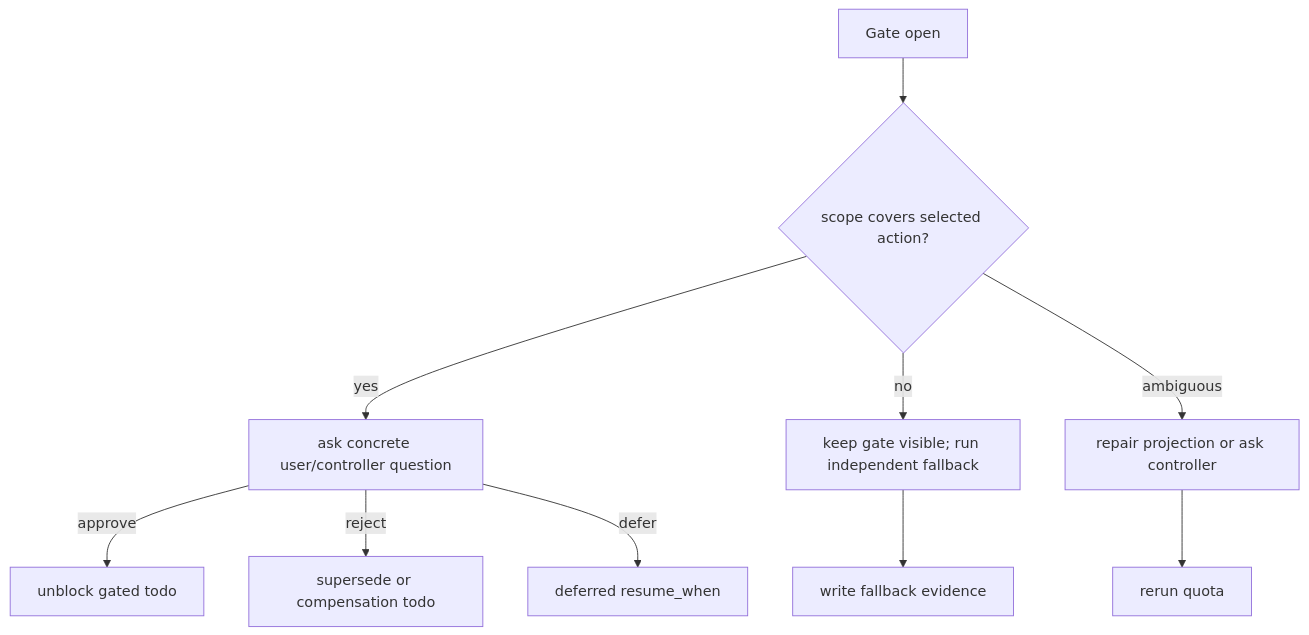
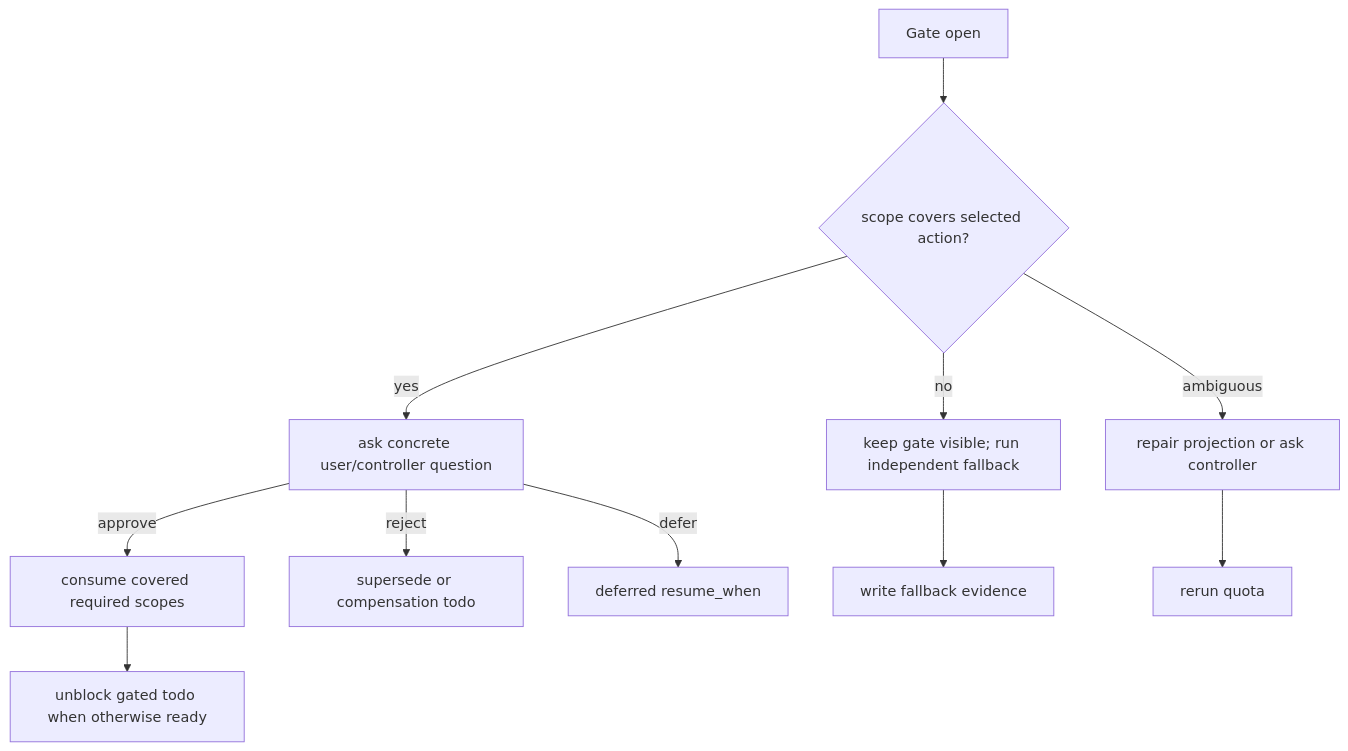
The fourth of 10 diagrams in docs/product/core-control-plane/state-machine.md (huangruiteng/goal-harness), drawn with Mermaid before and after one commit. The commit also changed other lines of this file and 5 other files, not shown here.

````diff
--- a/docs/product/core-control-plane/state-machine.md
+++ b/docs/product/core-control-plane/state-machine.md
@@ -165,12 +165,13 @@
 ```mermaid
 flowchart TD
   Open["Gate open"] --> Scope{"scope covers selected action?"}
   Scope -->|"yes"| Ask["ask concrete user/controller question"]
   Scope -->|"no"| Fallback["keep gate visible; run independent fallback"]
   Scope -->|"ambiguous"| Repair["repair projection or ask controller"]
-  Ask -->|"approve"| Unblock["unblock gated todo"]
+  Ask -->|"approve"| Consume["consume covered required scopes"]
+  Consume --> Unblock["unblock gated todo when otherwise ready"]
   Ask -->|"reject"| Supersede["supersede or compensation todo"]
   Ask -->|"defer"| Defer["deferred resume_when"]
   Fallback --> Write["write fallback evidence"]
   Repair --> Recheck["rerun quota"]
 ```
````
